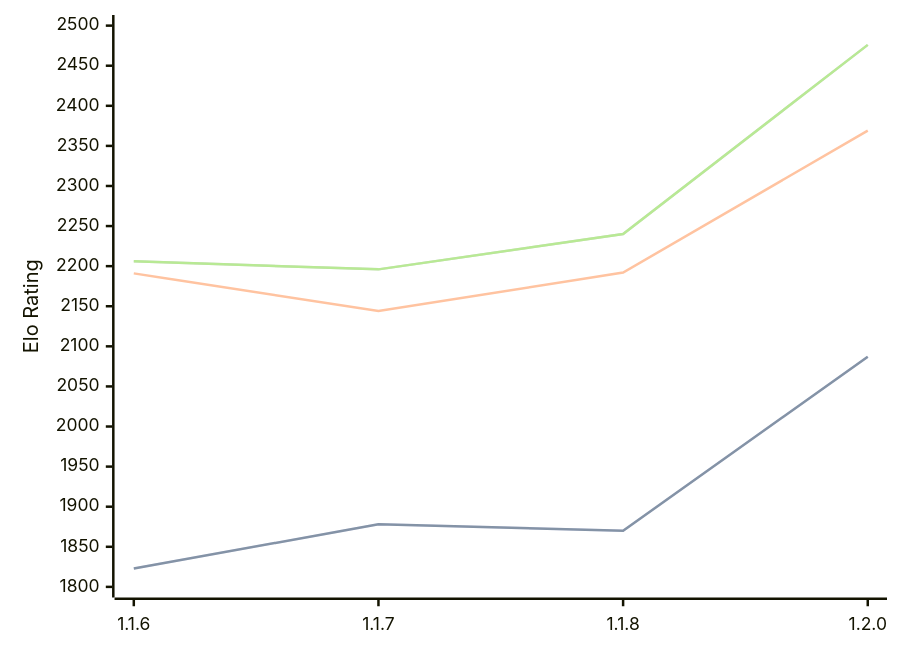
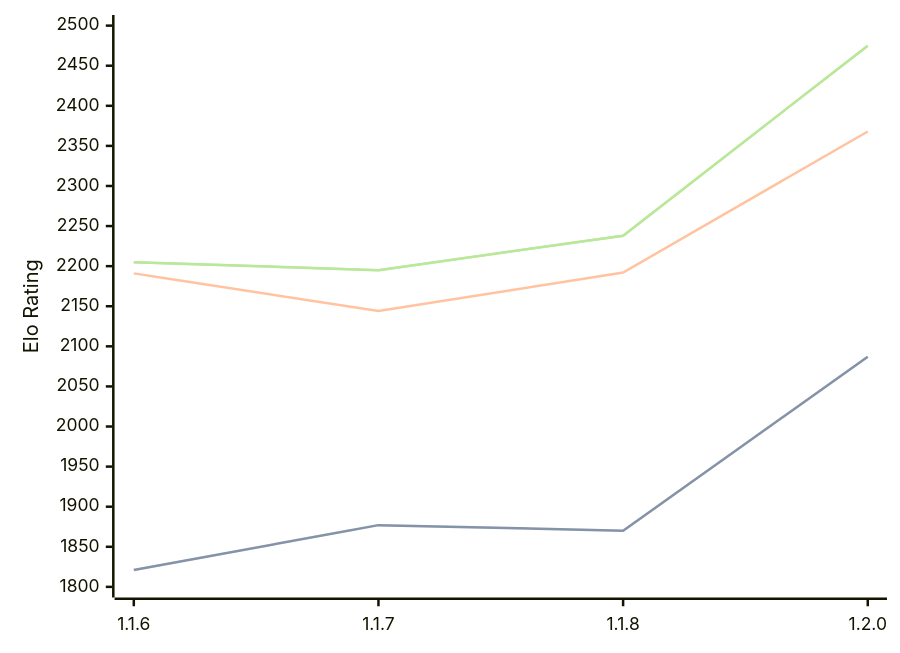
The diagram in engines/Soomi.md (computer-chess-index/cci), drawn with Mermaid before and after one commit. The commit also changed other lines of this file, not shown here.

Commit message:
Update CCI Ratings (ELO VLTC) - 2026-03-09

````diff
--- a/engines/Soomi.md
+++ b/engines/Soomi.md
@@ -32,11 +32,11 @@
 ```mermaid
 %%{init: {"theme":"base","themeVariables":{"seriesColors:['#a3a3a3','#222221','#faa371']}}}%%
 xychart-beta
   x-axis ["1.1.6", "1.1.7", "1.1.8", "1.2.0"]
   y-axis "Elo Rating" 1800 --> 2500
-  line "STC (8.0+0.08s)" [1823, 1878, 1870, 2087]
-  line "STC (8.0+0.08s)" [1823, 1878, 1870, 2087]
-  line "LTC (60.0+0.60s)" [2191, 2144, 2192, 2369]
-  line "VLTC (2m24s+1.12s)" [2206, 2196, 2240, 2476]
-  line "VLTC (2m24s+1.12s)" [2206, 2196, 2240, 2476]
+  line "STC (8.0+0.08s)" [1821, 1877, 1870, 2087]
+  line "STC (8.0+0.08s)" [1821, 1877, 1870, 2087]
+  line "LTC (60.0+0.60s)" [2191, 2144, 2192, 2368]
+  line "VLTC (2m24s+1.12s)" [2205, 2195, 2238, 2475]
+  line "VLTC (2m24s+1.12s)" [2205, 2195, 2238, 2475]
 ```
````
